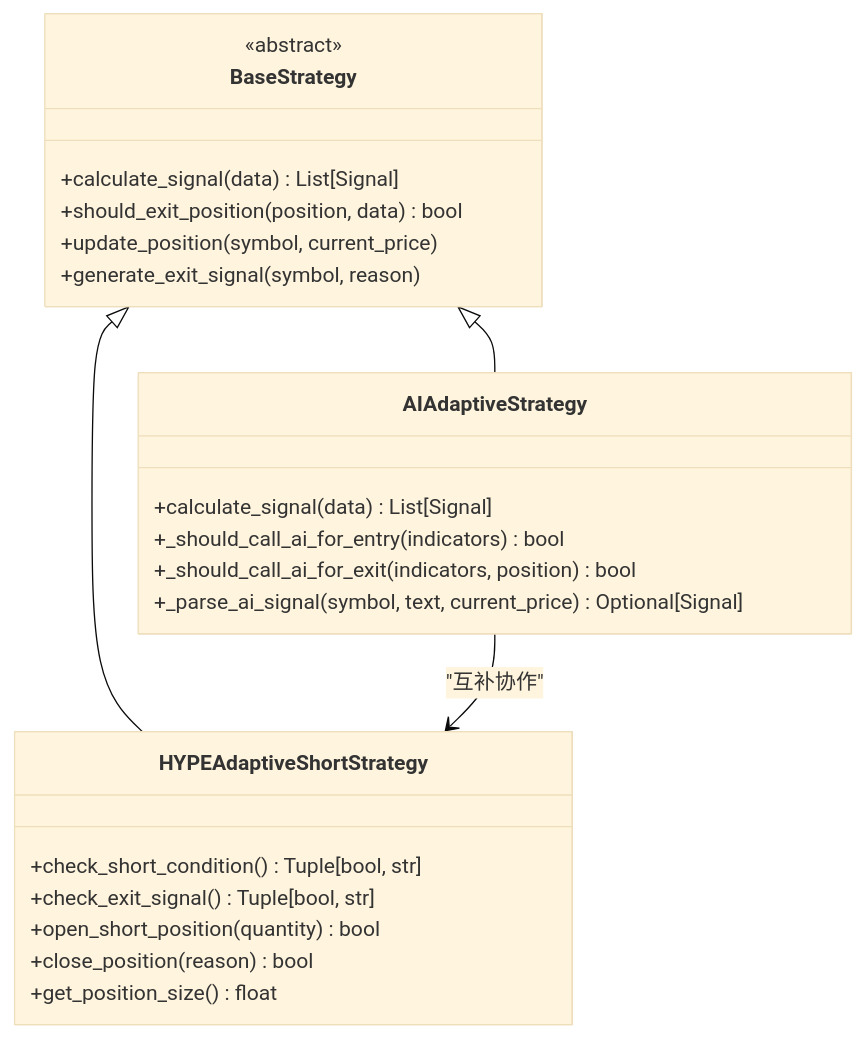
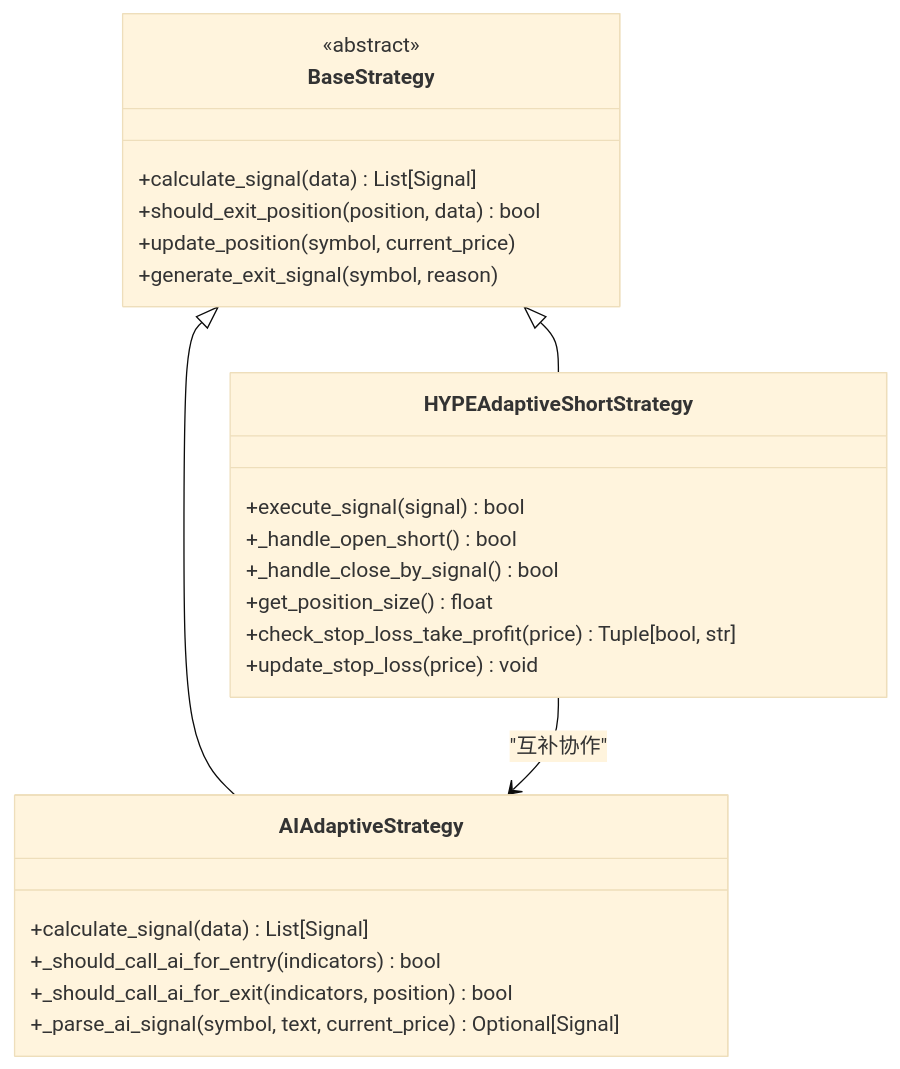
The eighth of 9 diagrams in .qoder/repowiki/zh/content/核心模块详解/策略框架/具体策略实现/HYPE自适应做空策略.md (zyf266/ending), drawn with Mermaid (base theme) before and after one commit. The commit also changed other lines of this file and 40 other files, not shown here.

````diff
--- a/.qoder/repowiki/zh/content/核心模块详解/策略框架/具体策略实现/HYPE自适应做空策略.md
+++ b/.qoder/repowiki/zh/content/核心模块详解/策略框架/具体策略实现/HYPE自适应做空策略.md
@@ -235,26 +297,27 @@
 ```mermaid
 classDiagram
 class BaseStrategy {
 <<abstract>>
 +calculate_signal(data) List[Signal]
 +should_exit_position(position, data) bool
 +update_position(symbol, current_price)
 +generate_exit_signal(symbol, reason)
 }
 class HYPEAdaptiveShortStrategy {
-+check_short_condition() Tuple[bool, str]
-+check_exit_signal() Tuple[bool, str]
-+open_short_position(quantity) bool
-+close_position(reason) bool
++execute_signal(signal) bool
++_handle_open_short() bool
++_handle_close_by_signal() bool
 +get_position_size() float
++check_stop_loss_take_profit(price) Tuple[bool, str]
++update_stop_loss(price) void
 }
 class AIAdaptiveStrategy {
 +calculate_signal(data) List[Signal]
 +_should_call_ai_for_entry(indicators) bool
 +_should_call_ai_for_exit(indicators, position) bool
 +_parse_ai_signal(symbol, text, current_price) Optional[Signal]
 }
 BaseStrategy <|-- HYPEAdaptiveShortStrategy
 BaseStrategy <|-- AIAdaptiveStrategy
-AIAdaptiveStrategy --> HYPEAdaptiveShortStrategy : "互补协作"
+HYPEAdaptiveShortStrategy --> AIAdaptiveStrategy : "互补协作"
 ```
````
